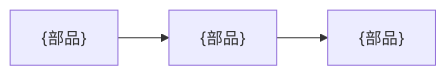
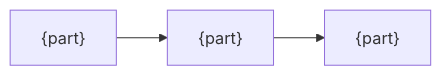
Before and after one commit to lovaizu/telldes: the diagram in .rn/templates/design.md, drawn with Mermaid. The commit also changed other lines of this file and 1 other file, not shown here.

````diff
--- a/.rn/templates/design.md
+++ b/.rn/templates/design.md
@@ -41,4 +41,4 @@
 ```mermaid
 flowchart LR
-  A["{部品}"] --> B["{部品}"] --> C["{部品}"]
+  A["{part}"] --> B["{part}"] --> C["{part}"]
 ```
````
